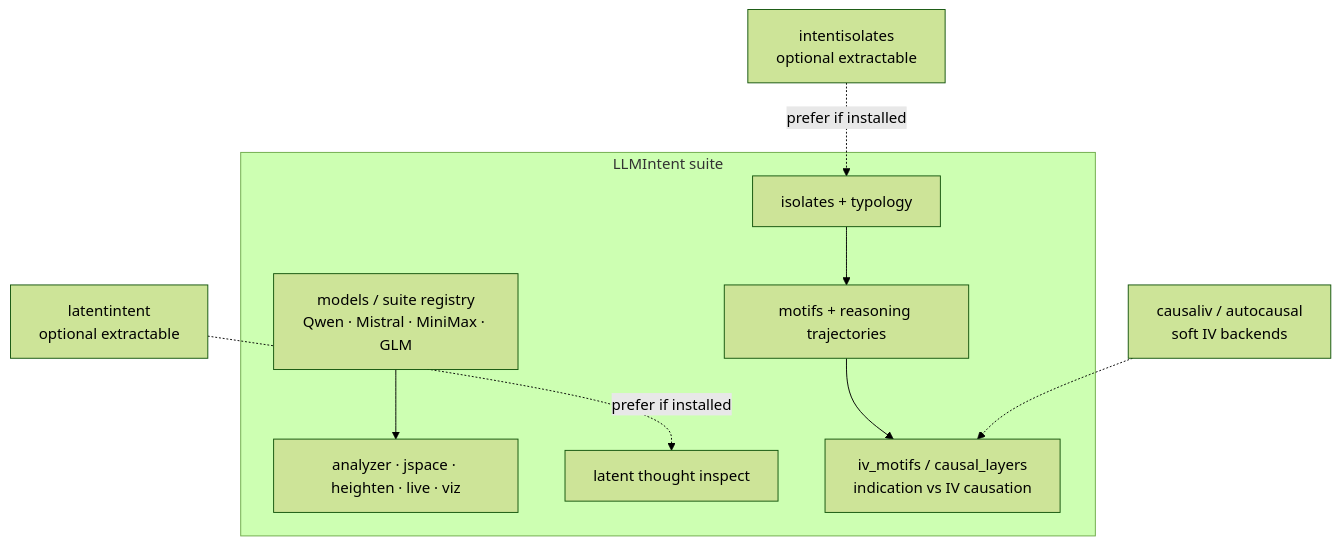
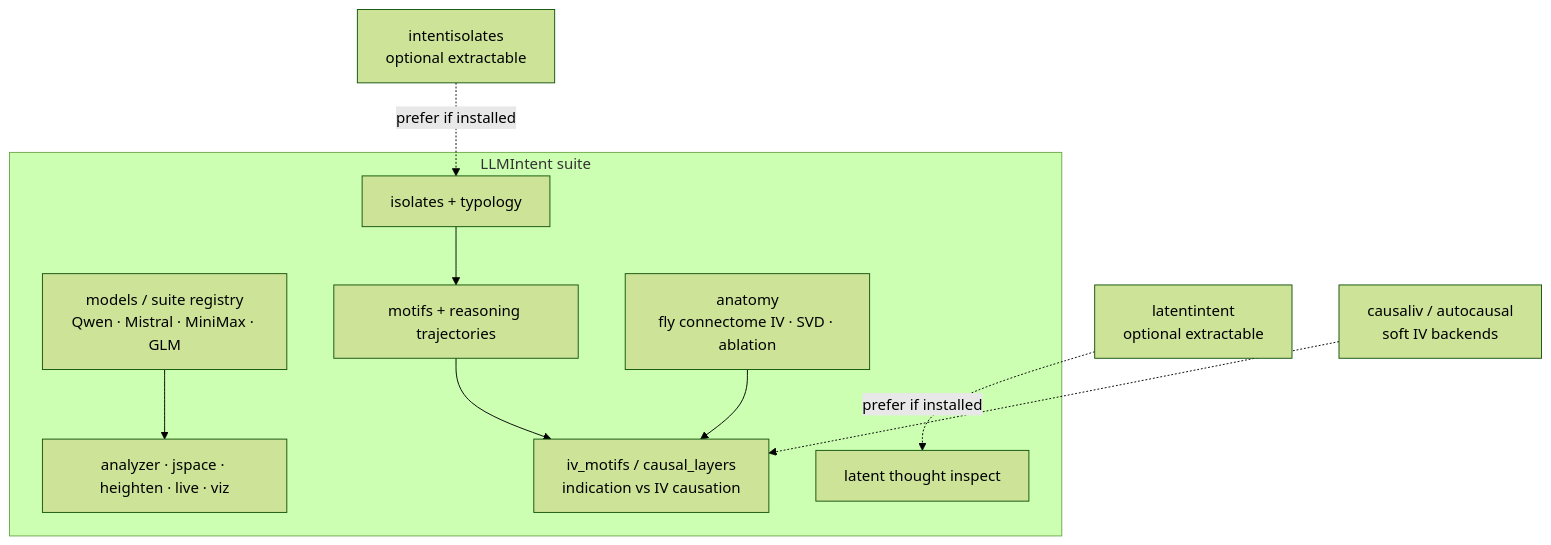
One commit to ehallford11714/llmintent changed the diagram in docs/SUITE.md. Above: the diagram before and after it, drawn with Mermaid (forest theme). The commit also changed other lines of this file and 25 other files, not shown here.

Commit message:
Release 1.3.0: map LLM anatomy from the fly connectome and test residuals on Qwen 27B.

````diff
--- a/docs/SUITE.md
+++ b/docs/SUITE.md
@@ -7,22 +7,24 @@
 ```mermaid
 flowchart TB
   subgraph suite [LLMIntent suite]
     M[models / suite registry<br/>Qwen · Mistral · MiniMax · GLM]
     A[analyzer · jspace · heighten · live · viz]
     I[isolates + typology]
     Mo[motifs + reasoning trajectories]
     L[latent thought inspect]
     IV[iv_motifs / causal_layers<br/>indication vs IV causation]
+    An[anatomy<br/>fly connectome IV · SVD · ablation]
   end
 
   ExtII[intentisolates<br/>optional extractable]
   ExtLI[latentintent<br/>optional extractable]
   ExtIV[causaliv / autocausal<br/>soft IV backends]
 
   ExtII -.->|prefer if installed| I
   I --> Mo
   Mo --> IV
   ExtLI -.->|prefer if installed| L
   ExtIV -.-> IV
+  An --> IV
   M --> A
 ```
````
